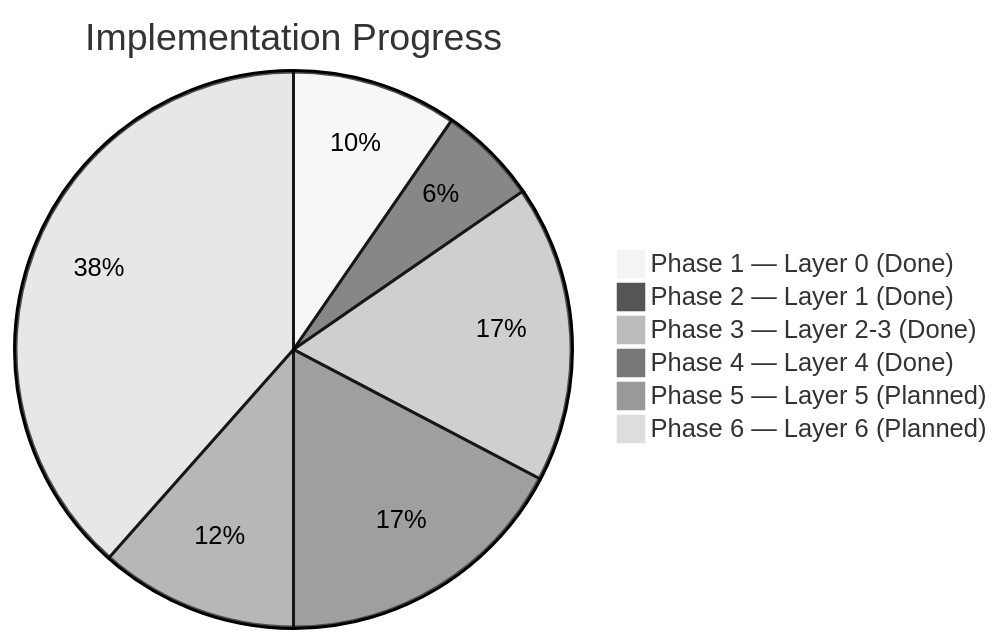
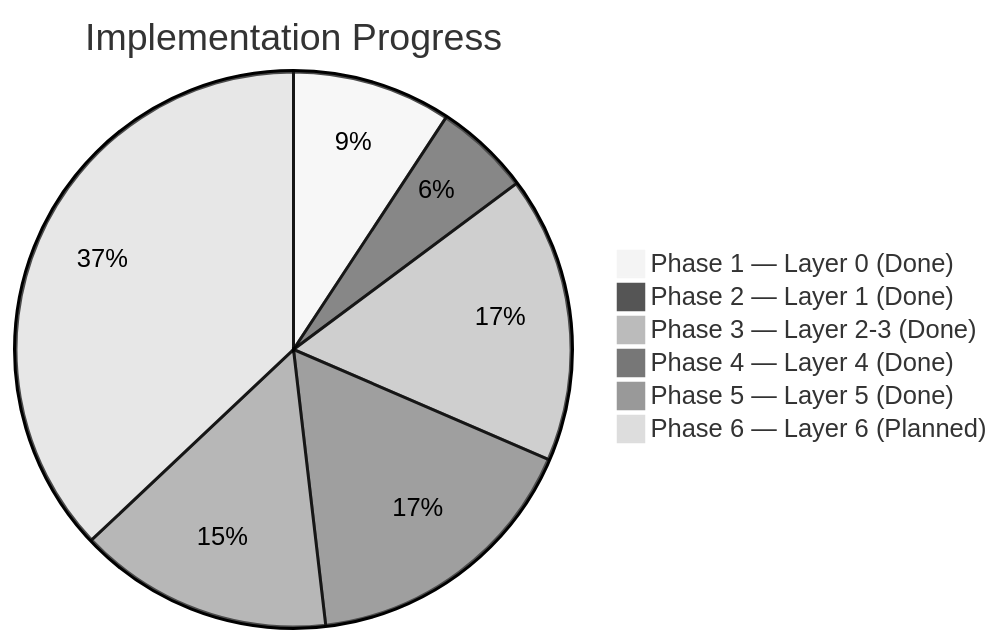
Before and after one commit to widdestoyud/assesment-s1-2026: the first of 3 diagrams in docs/wiki/membership-benefit-card/07-Development/Phase-Progress.md, drawn with Mermaid (neutral theme). The commit also changed other lines of this file and 3 other files, not shown here.

````diff
--- a/docs/wiki/membership-benefit-card/07-Development/Phase-Progress.md
+++ b/docs/wiki/membership-benefit-card/07-Development/Phase-Progress.md
@@ -12,9 +12,9 @@
 ```mermaid
 pie title Implementation Progress
     "Phase 1 — Layer 0 (Done)" : 5
     "Phase 2 — Layer 1 (Done)" : 3
     "Phase 3 — Layer 2-3 (Done)" : 9
     "Phase 4 — Layer 4 (Done)" : 9
-    "Phase 5 — Layer 5 (Planned)" : 6
+    "Phase 5 — Layer 5 (Done)" : 8
     "Phase 6 — Layer 6 (Planned)" : 20
 ```
````
